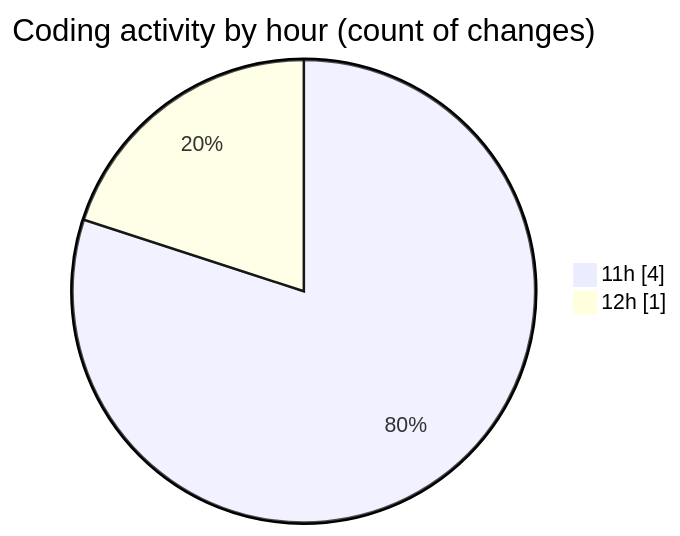
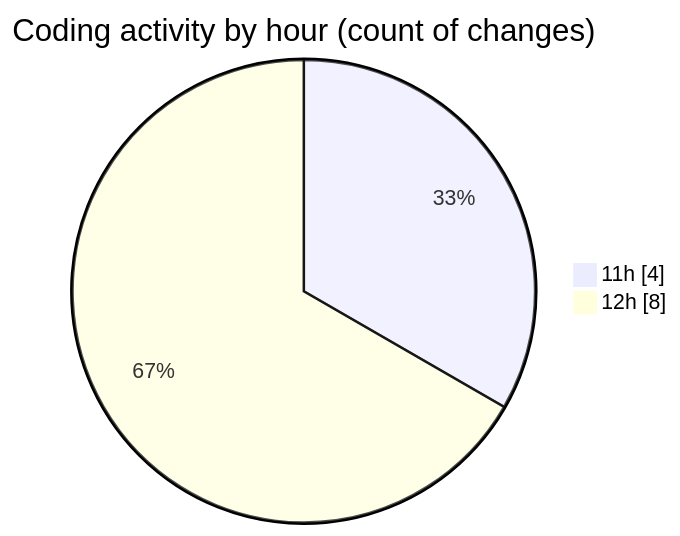
Before and after one commit to nxtqubesakshisongat/code-tracking: the second of 2 diagrams in 2025-10-24/javacript/README.md, drawn with Mermaid. The commit also changed other lines of this file and 1 other file, not shown here.

````diff
--- a/2025-10-24/javacript/README.md
+++ b/2025-10-24/javacript/README.md
@@ -28,6 +28,6 @@
 ```mermaid
 pie showData
 title Coding activity by hour (count of changes)
 "11h" : 4
-"12h" : 1
+"12h" : 8
 ```
````
